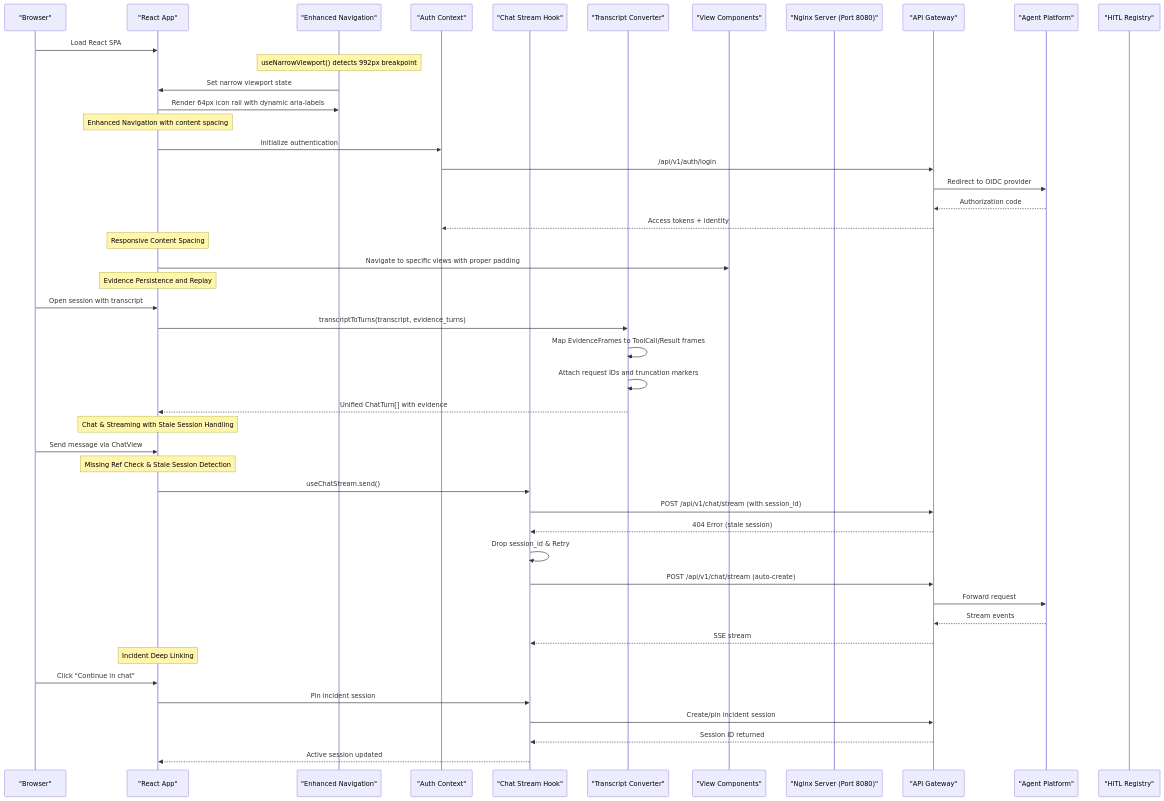
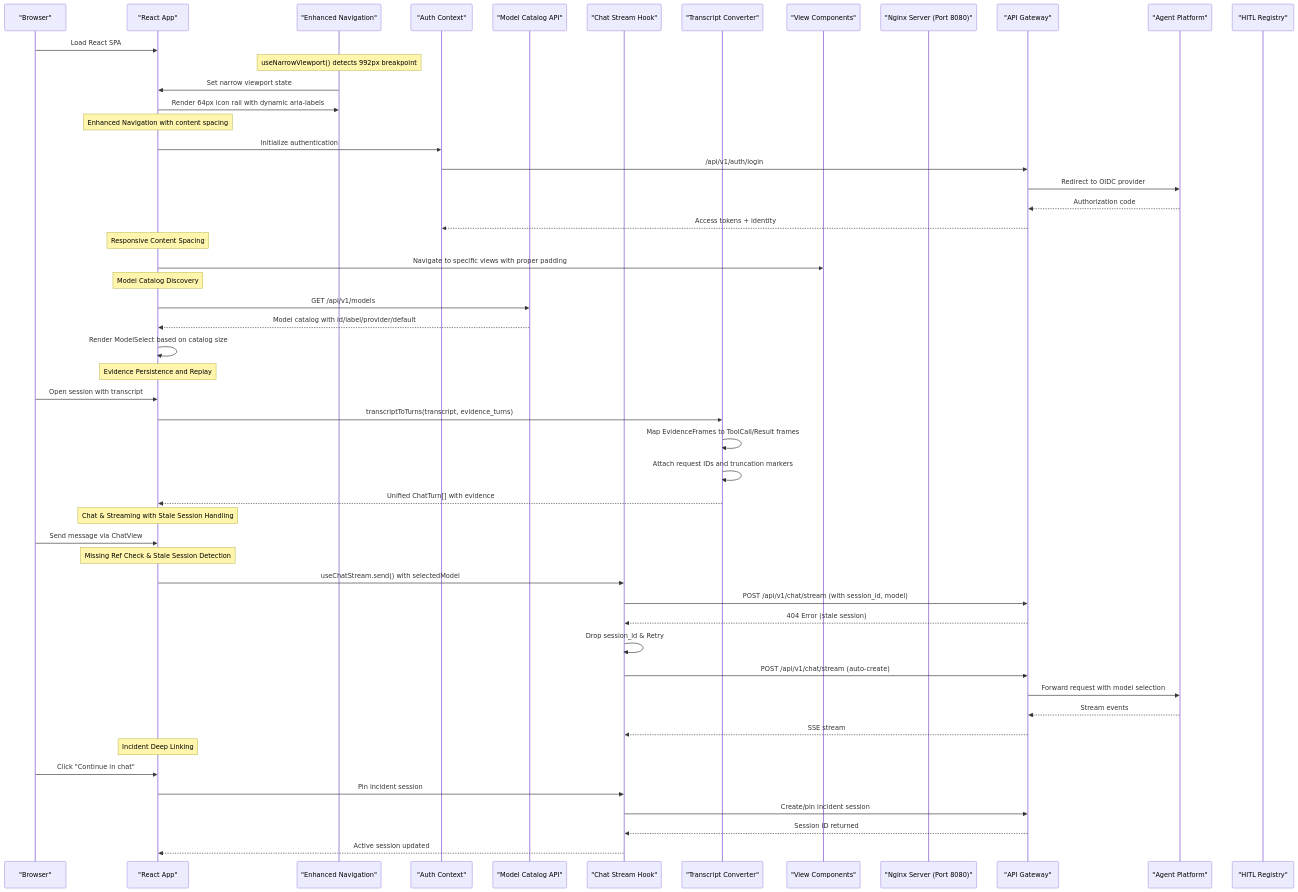
The second of 2 diagrams in .qoder/repowiki/en/content/Operator Portal.md (metasync/luban-aiops), drawn with Mermaid before and after one commit. The commit also changed other lines of this file and 24 other files, not shown here.

````diff
--- a/.qoder/repowiki/en/content/Operator Portal.md
+++ b/.qoder/repowiki/en/content/Operator Portal.md
@@ -229,49 +241,54 @@
 ```mermaid
 sequenceDiagram
 participant User as "Browser"
 participant React as "React App"
 participant Nav as "Enhanced Navigation"
 participant Auth as "Auth Context"
+participant ModelCat as "Model Catalog API"
 participant Stream as "Chat Stream Hook"
 participant Transcript as "Transcript Converter"
 participant Views as "View Components"
 participant Nginx as "Nginx Server (Port 8080)"
 participant Gateway as "API Gateway"
 participant Agent as "Agent Platform"
 participant HITL as "HITL Registry"
 User->>React : Load React SPA
 Note over Nav : useNarrowViewport() detects 992px breakpoint
 Nav->>React : Set narrow viewport state
 React->>Nav : Render 64px icon rail with dynamic aria-labels
 Note over React : Enhanced Navigation with content spacing
 React->>Auth : Initialize authentication
 Auth->>Gateway : /api/v1/auth/login
 Gateway->>Agent : Redirect to OIDC provider
 Agent-->>Gateway : Authorization code
 Gateway-->>Auth : Access tokens + identity
 Note over React : Responsive Content Spacing
 React->>Views : Navigate to specific views with proper padding
+Note over React : Model Catalog Discovery
+React->>ModelCat : GET /api/v1/models
+ModelCat-->>React : Model catalog with id/label/provider/default
+React->>React : Render ModelSelect based on catalog size
 Note over React : Evidence Persistence and Replay
 User->>React : Open session with transcript
 React->>Transcript : transcriptToTurns(transcript, evidence_turns)
 Transcript->>Transcript : Map EvidenceFrames to ToolCall/Result frames
 Transcript->>Transcript : Attach request IDs and truncation markers
 Transcript-->>React : Unified ChatTurn[] with evidence
 Note over React : Chat & Streaming with Stale Session Handling
 User->>React : Send message via ChatView
 Note over React : Missing Ref Check & Stale Session Detection
-React->>Stream : useChatStream.send()
-Stream->>Gateway : POST /api/v1/chat/stream (with session_id)
+React->>Stream : useChatStream.send() with selectedModel
+Stream->>Gateway : POST /api/v1/chat/stream (with session_id, model)
 Gateway-->>Stream : 404 Error (stale session)
 Stream->>Stream : Drop session_id & Retry
 Stream->>Gateway : POST /api/v1/chat/stream (auto-create)
-Gateway->>Agent : Forward request
+Gateway->>Agent : Forward request with model selection
 Agent-->>Gateway : Stream events
 Gateway-->>Stream : SSE stream
 Note over React : Incident Deep Linking
 User->>React : Click "Continue in chat"
 React->>Stream : Pin incident session
 Stream->>Gateway : Create/pin incident session
 Gateway-->>Stream : Session ID returned
 Stream-->>React : Active session updated
 ```
````
